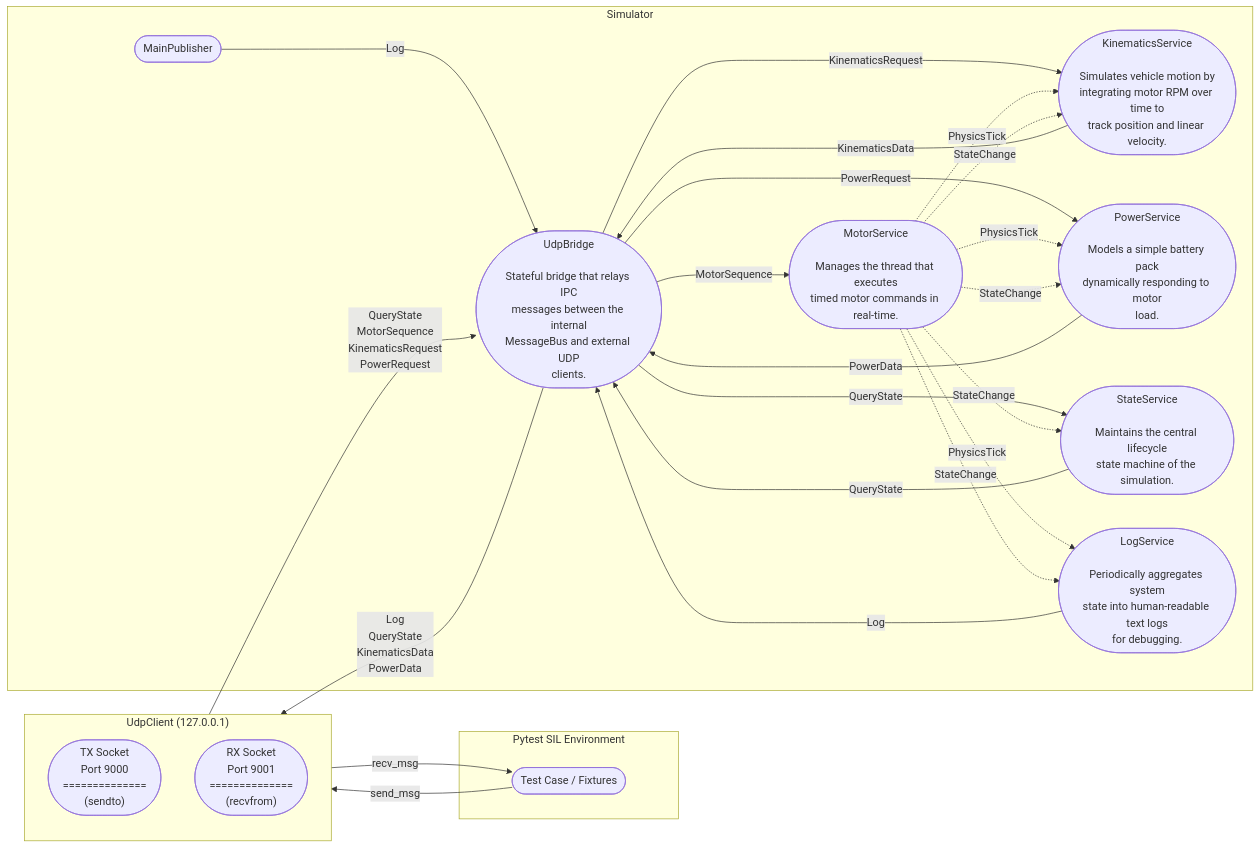
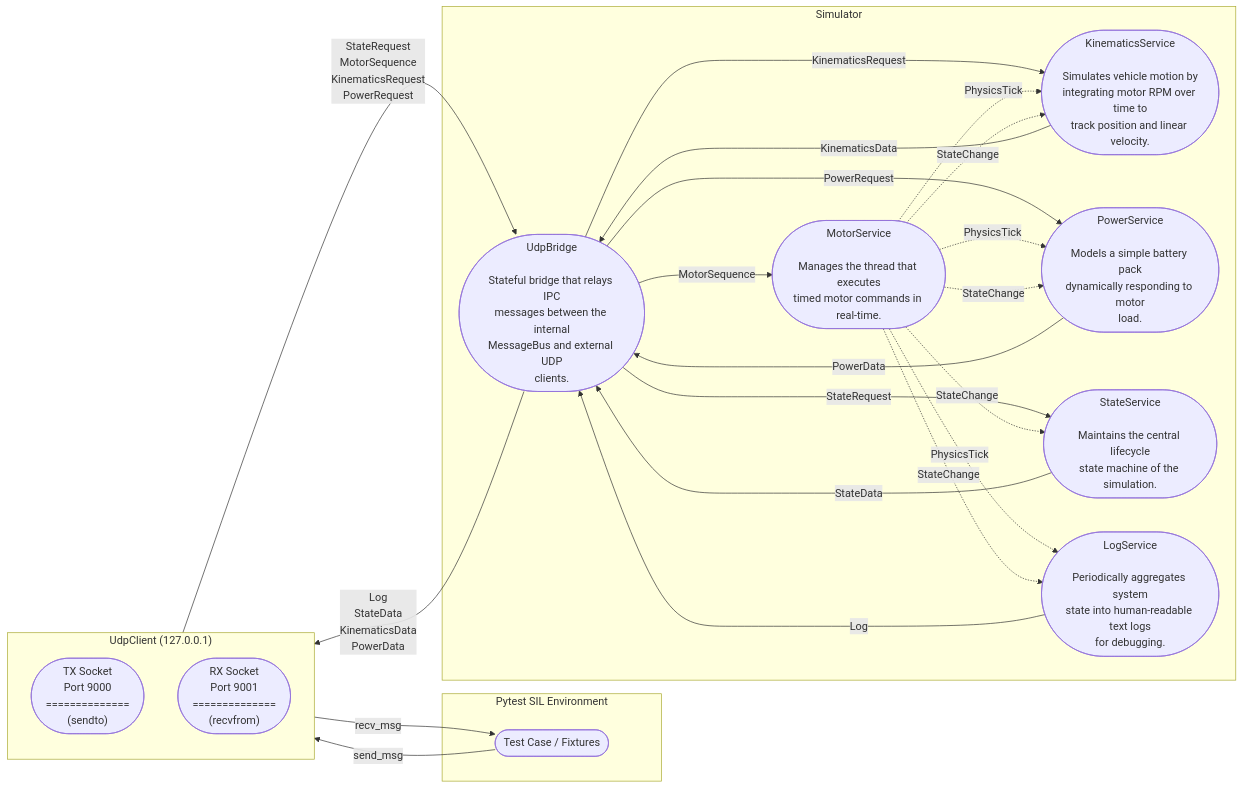
The diagram in doc/ipc_protocol.md (AxelBjork/reflect_pytest), drawn with Mermaid before and after one commit. The commit also changed other lines of this file and 17 other files, not shown here.

````diff
--- a/doc/ipc_protocol.md
+++ b/doc/ipc_protocol.md
@@ -43,50 +43,48 @@
 ```mermaid
 flowchart LR
     %% ─── COLUMN 1: Pytest Test Harness ───
     subgraph py["Pytest SIL Environment"]
         TestCase(["Test Case / Fixtures"])
     end
 
     %% ─── COLUMN 2: Python UDP Client & Kernel Routing ───
     subgraph net["UdpClient (127.0.0.1)"]
         direction TB
         TX(["TX Socket<br/>Port 9000<br/>==============<br/>(sendto)"])
         RX(["RX Socket<br/>Port 9001<br/>==============<br/>(recvfrom)"])
     end
 
     %% ─── COLUMN 3: C++ SUT ───
     subgraph sim["Simulator"]
         MotorService(["MotorService<br/><br/>Manages the thread that executes<br/>timed motor commands in real-time."])
         KinematicsService(["KinematicsService<br/><br/>Simulates vehicle motion by<br/>integrating motor RPM over time to<br/>track position and linear velocity."])
         PowerService(["PowerService<br/><br/>Models a simple battery pack<br/>dynamically responding to motor<br/>load."])
         StateService(["StateService<br/><br/>Maintains the central lifecycle<br/>state machine of the simulation."])
         LogService(["LogService<br/><br/>Periodically aggregates system<br/>state into human-readable text logs<br/>for debugging."])
         UdpBridge(["UdpBridge<br/><br/>Stateful bridge that relays IPC<br/>messages between the internal<br/>MessageBus and external UDP<br/>clients."])
-        MainPublisher(["MainPublisher"])
         %% Bridge Distribution
         LogService -->|Log| UdpBridge
-        MainPublisher -->|Log| UdpBridge
-        UdpBridge -->|QueryState| StateService
-        StateService -->|QueryState| UdpBridge
+        UdpBridge -->|StateRequest| StateService
+        StateService -->|StateData| UdpBridge
         UdpBridge -->|MotorSequence| MotorService
         UdpBridge -->|KinematicsRequest| KinematicsService
         KinematicsService -->|KinematicsData| UdpBridge
         UdpBridge -->|PowerRequest| PowerService
         PowerService -->|PowerData| UdpBridge
         MotorService -.->|PhysicsTick| KinematicsService
         MotorService -.->|PhysicsTick| PowerService
         MotorService -.->|PhysicsTick| LogService
         MotorService -.->|StateChange| KinematicsService
         MotorService -.->|StateChange| PowerService
         MotorService -.->|StateChange| StateService
         MotorService -.->|StateChange| LogService
     end
 
     %% ─── INBOUND PATH ───
     TestCase -->|send_msg| TX
-    TX -->|"QueryState<br/>MotorSequence<br/>KinematicsRequest<br/>PowerRequest"| UdpBridge
+    TX -->|"StateRequest<br/>MotorSequence<br/>KinematicsRequest<br/>PowerRequest"| UdpBridge
 
     %% ─── OUTBOUND PATH ───
-    UdpBridge -->|"Log<br/>QueryState<br/>KinematicsData<br/>PowerData"| RX
+    UdpBridge -->|"Log<br/>StateData<br/>KinematicsData<br/>PowerData"| RX
     RX -->|recv_msg| TestCase
 ```
````
